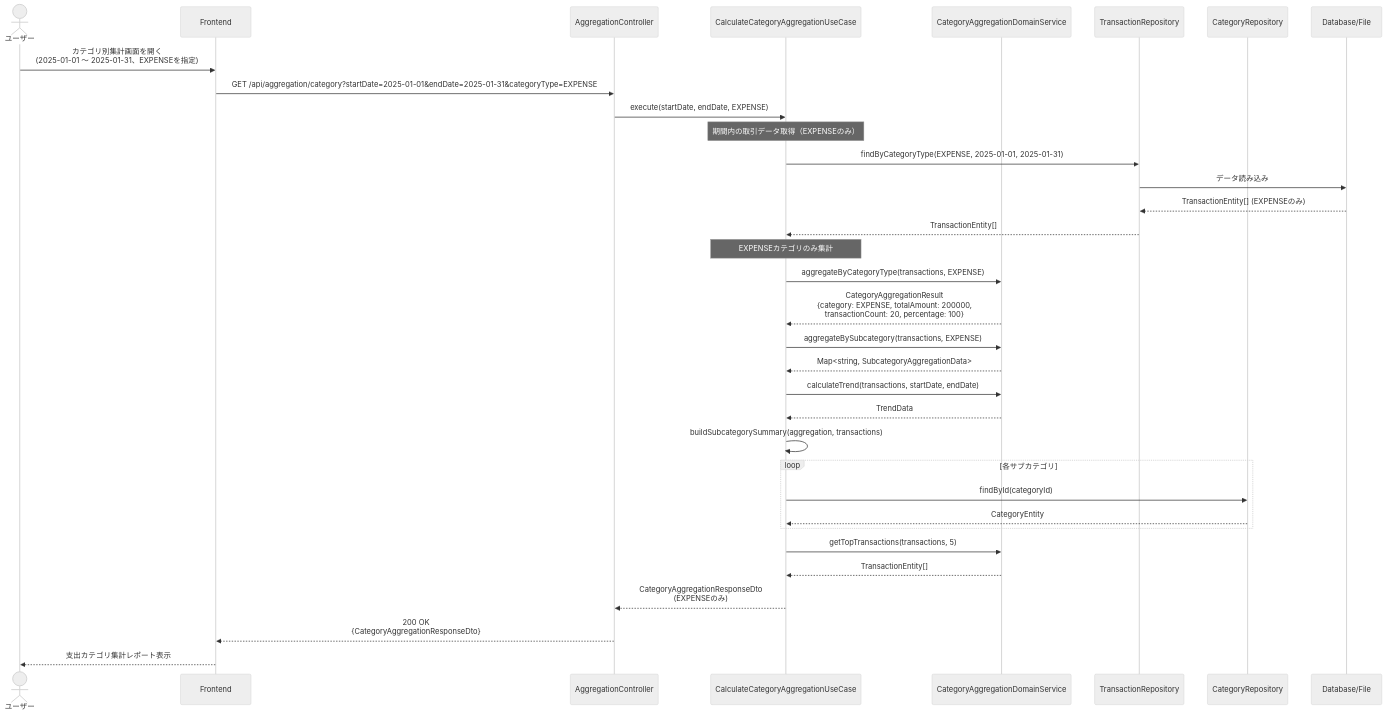
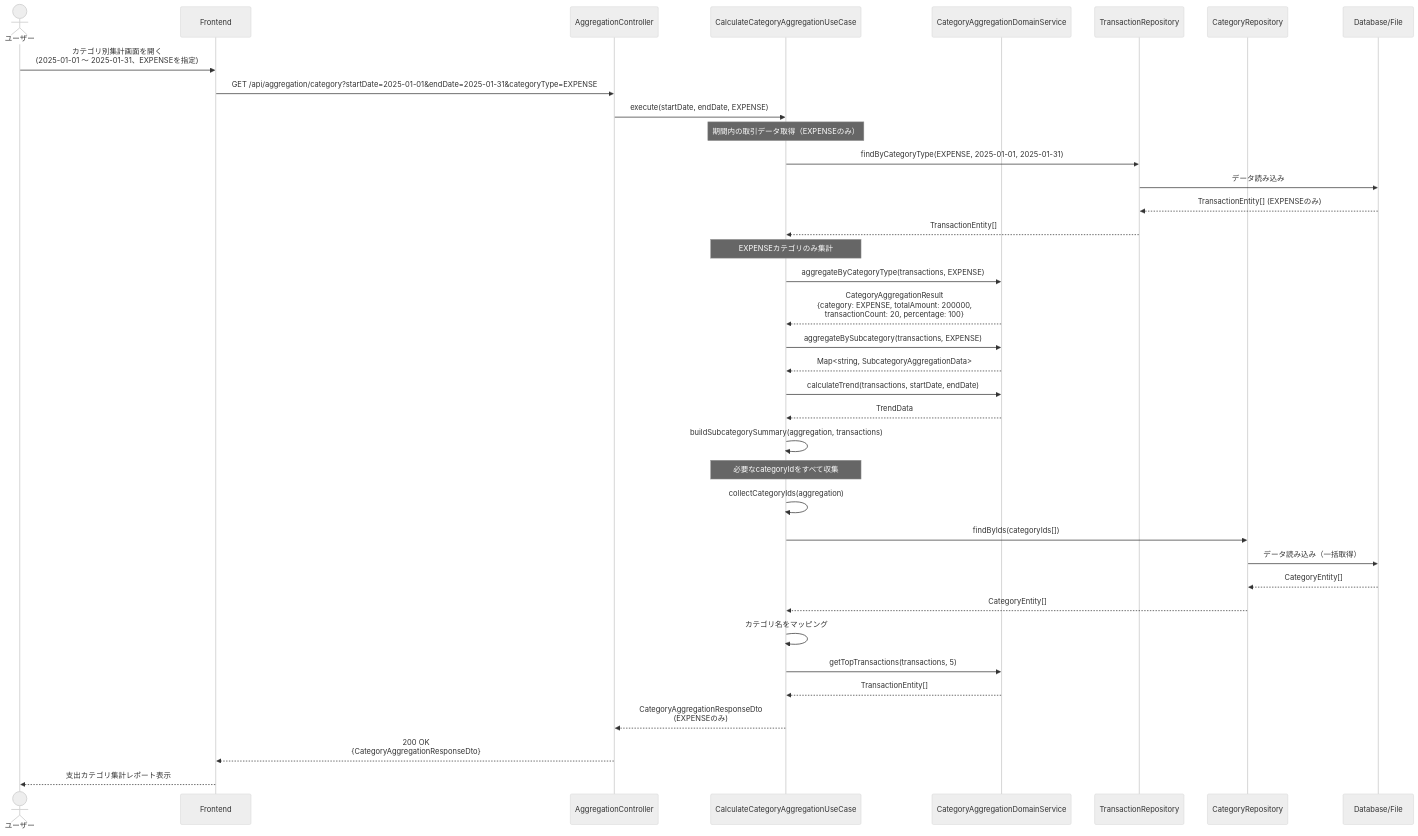
The second of 5 diagrams in docs/detailed-design/FR-018_category-aggregation/sequence-diagrams.md (kencom2400/account-book), drawn with Mermaid (neutral theme) before and after one commit. The commit also changed other lines of this file, not shown here.

````diff
--- a/docs/detailed-design/FR-018_category-aggregation/sequence-diagrams.md
+++ b/docs/detailed-design/FR-018_category-aggregation/sequence-diagrams.md
@@ -100,46 +100,49 @@
 ```mermaid
 sequenceDiagram
     actor User as ユーザー
     participant FE as Frontend
     participant API as AggregationController
     participant UC as CalculateCategoryAggregationUseCase
     participant DS as CategoryAggregationDomainService
     participant TRepo as TransactionRepository
     participant CRepo as CategoryRepository
     participant DB as Database/File
 
     User->>FE: カテゴリ別集計画面を開く<br/>(2025-01-01 〜 2025-01-31、EXPENSEを指定)
     FE->>API: GET /api/aggregation/category?startDate=2025-01-01&endDate=2025-01-31&categoryType=EXPENSE
 
     API->>UC: execute(startDate, endDate, EXPENSE)
 
     Note over UC: 期間内の取引データ取得（EXPENSEのみ）
     UC->>TRepo: findByCategoryType(EXPENSE, 2025-01-01, 2025-01-31)
     TRepo->>DB: データ読み込み
     DB-->>TRepo: TransactionEntity[] (EXPENSEのみ)
     TRepo-->>UC: TransactionEntity[]
 
     Note over UC: EXPENSEカテゴリのみ集計
     UC->>DS: aggregateByCategoryType(transactions, EXPENSE)
     DS-->>UC: CategoryAggregationResult<br/>{category: EXPENSE, totalAmount: 200000,<br/>transactionCount: 20, percentage: 100}
 
     UC->>DS: aggregateBySubcategory(transactions, EXPENSE)
     DS-->>UC: Map<string, SubcategoryAggregationData>
 
     UC->>DS: calculateTrend(transactions, startDate, endDate)
     DS-->>UC: TrendData
 
     UC->>UC: buildSubcategorySummary(aggregation, transactions)
-    loop 各サブカテゴリ
-        UC->>CRepo: findById(categoryId)
-        CRepo-->>UC: CategoryEntity
-    end
+    Note over UC: 必要なcategoryIdをすべて収集
+    UC->>UC: collectCategoryIds(aggregation)
+    UC->>CRepo: findByIds(categoryIds[])
+    CRepo->>DB: データ読み込み（一括取得）
+    DB-->>CRepo: CategoryEntity[]
+    CRepo-->>UC: CategoryEntity[]
+    UC->>UC: カテゴリ名をマッピング
 
     UC->>DS: getTopTransactions(transactions, 5)
     DS-->>UC: TransactionEntity[]
 
     UC-->>API: CategoryAggregationResponseDto<br/>(EXPENSEのみ)
 
     API-->>FE: 200 OK<br/>{CategoryAggregationResponseDto}
     FE-->>User: 支出カテゴリ集計レポート表示
 ```
````
